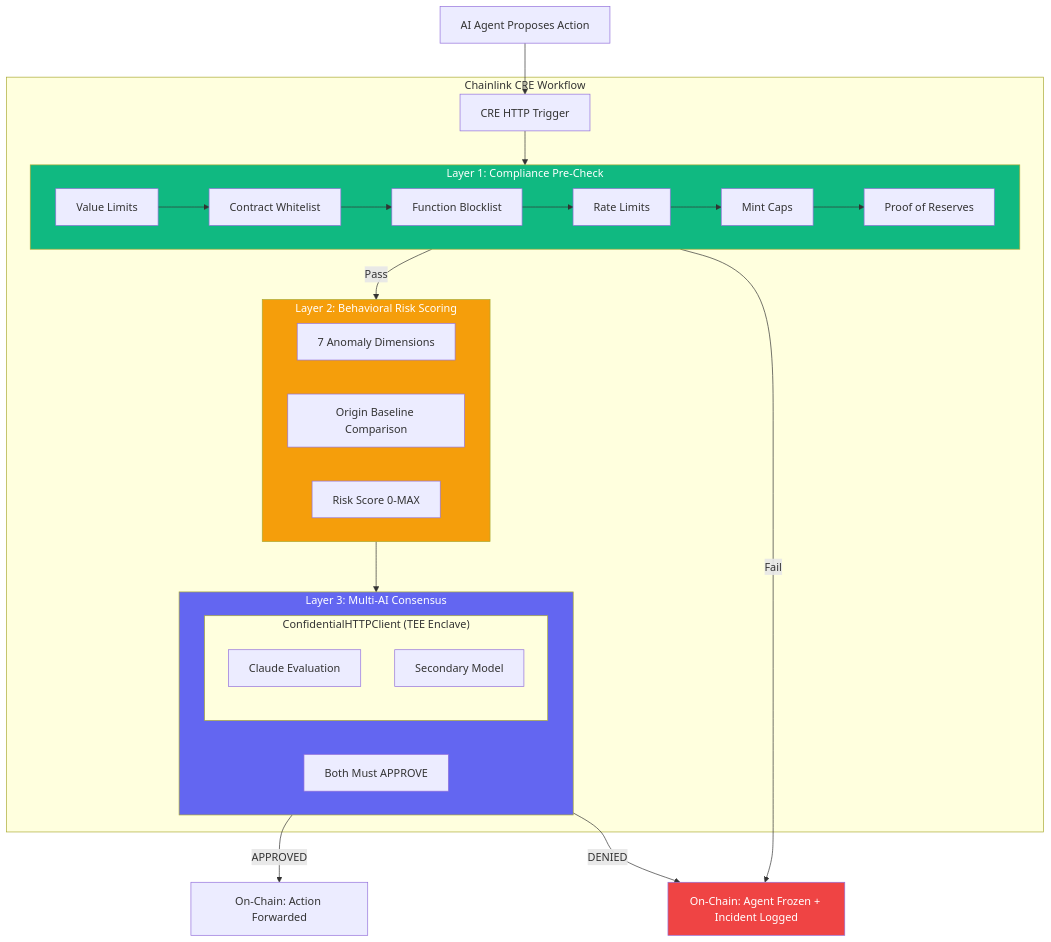
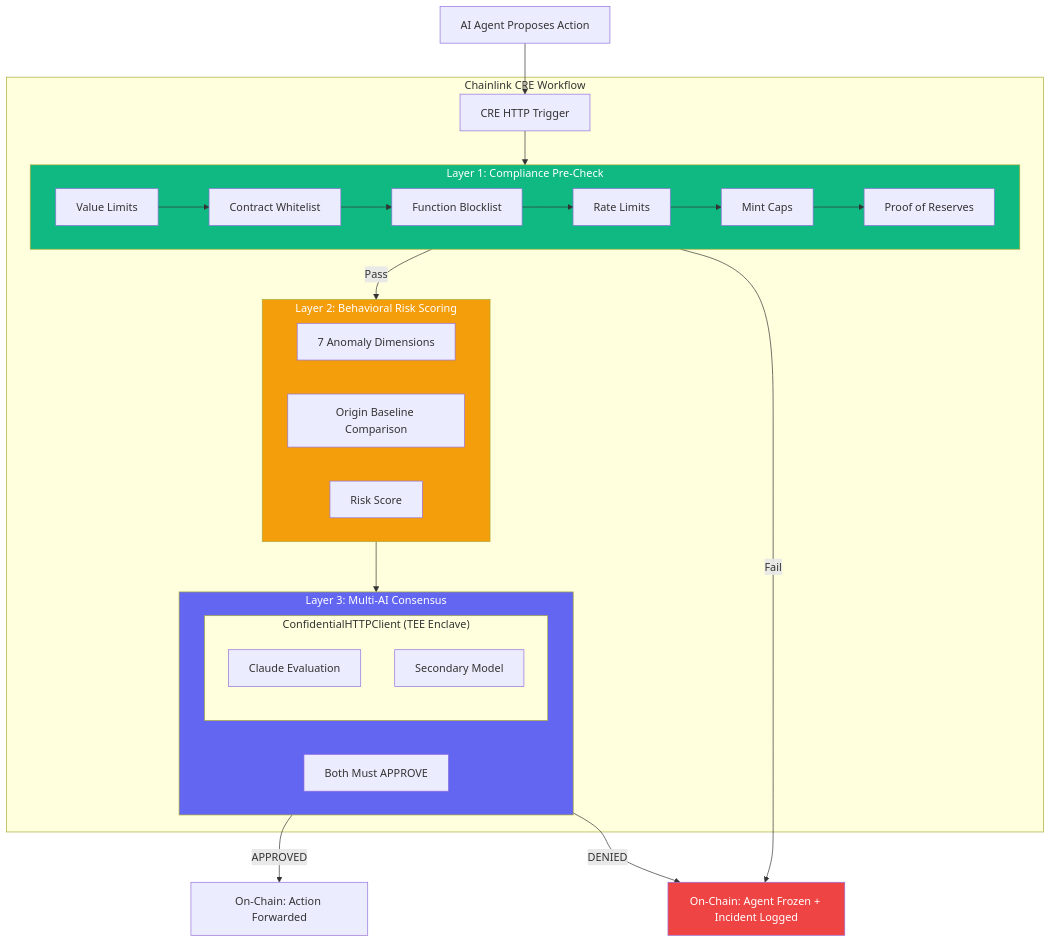
The diagram in README.md (ProjectWaja/SentinelCRE), drawn with Mermaid before and after one commit. The commit also changed other lines of this file and 13 other files, not shown here.

````diff
--- a/README.md
+++ b/README.md
@@ -153,43 +153,43 @@
 ```mermaid
 flowchart TB
     A["AI Agent Proposes Action"] --> B["CRE HTTP Trigger"]
 
     subgraph CRE["Chainlink CRE Workflow"]
         B --> L1
 
         subgraph L1["Layer 1: Compliance Pre-Check"]
             P1["Value Limits"] --> P2["Contract Whitelist"]
             P2 --> P3["Function Blocklist"]
             P3 --> P4["Rate Limits"]
             P4 --> P5["Mint Caps"]
             P5 --> P6["Proof of Reserves"]
         end
 
         L1 -->|"Pass"| L2
 
         subgraph L2["Layer 2: Behavioral Risk Scoring"]
             B1["7 Anomaly Dimensions"]
             B2["Origin Baseline Comparison"]
-            B3["Risk Score 0-MAX"]
+            B3["Risk Score"]
         end
 
         L2 --> L3
 
         subgraph L3["Layer 3: Multi-AI Consensus"]
             subgraph TEE["ConfidentialHTTPClient (TEE Enclave)"]
                 M1["Claude Evaluation"]
                 M2["Secondary Model"]
             end
             M3["Both Must APPROVE"]
         end
     end
 
     L3 -->|"APPROVED"| D["On-Chain: Action Forwarded"]
     L3 -->|"DENIED"| E["On-Chain: Agent Frozen + Incident Logged"]
     L1 -->|"Fail"| E
 
     style L1 fill:#10b981,color:#fff
     style L2 fill:#f59e0b,color:#fff
     style L3 fill:#6366f1,color:#fff
     style E fill:#ef4444,color:#fff
 ```
````
